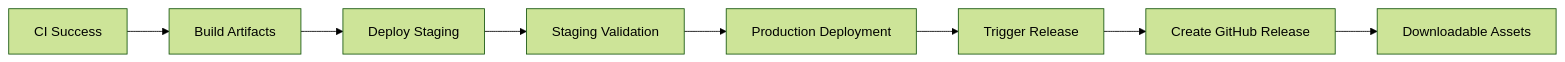
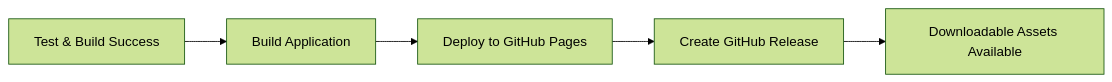
Before and after one commit to StargrrlMoonlight/SettingUpMcpServers: the diagram in docs/DEPLOYMENT.md, drawn with Mermaid (forest theme). The commit also changed other lines of this file and 30 other files, not shown here.

````diff
--- a/docs/DEPLOYMENT.md
+++ b/docs/DEPLOYMENT.md
@@ -8,10 +8,7 @@
 ```mermaid
 graph LR
-    A[CI Success] --> B[Build Artifacts]
-    B --> C[Deploy Staging]
-    C --> D[Staging Validation]
-    D --> E[Production Deployment]
-    E --> F[Trigger Release]
-    F --> G[Create GitHub Release]
-    G --> H[Downloadable Assets]
+    A[Test & Build Success] --> B[Build Application]
+    B --> C[Deploy to GitHub Pages]
+    C --> D[Create GitHub Release]
+    D --> E[Downloadable Assets Available]
 ```
````
